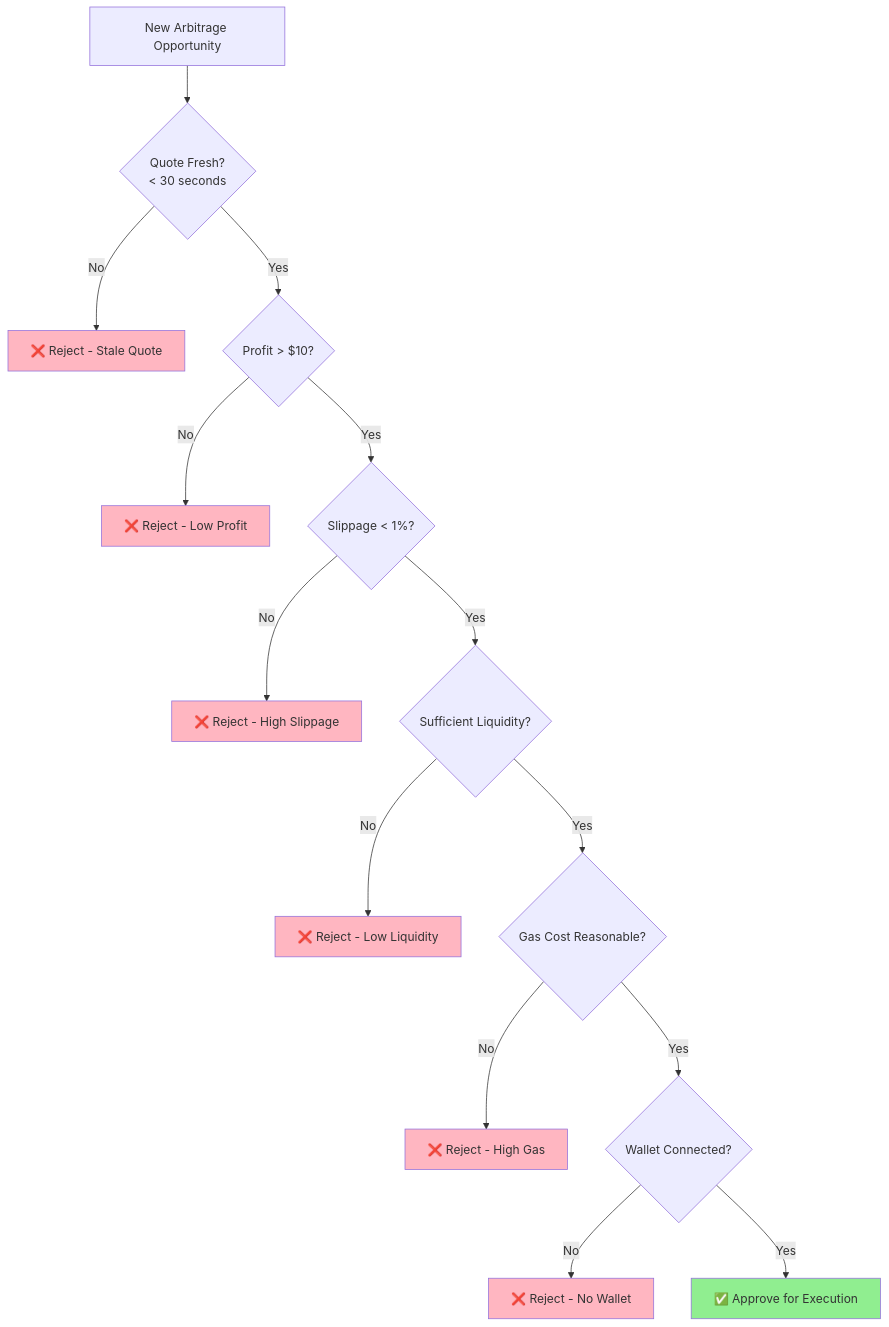
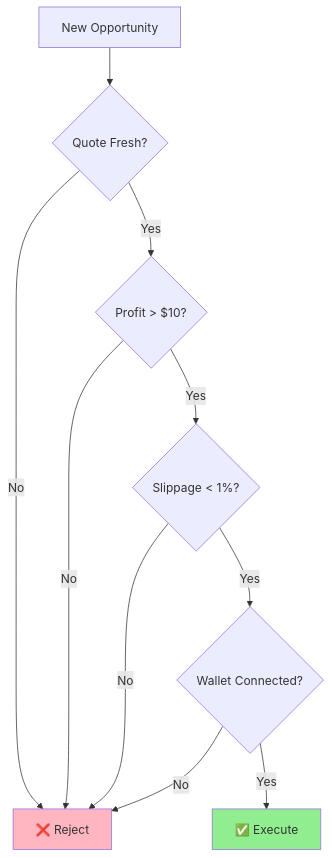
The third of 3 diagrams in FLOW-DIAGRAM.md (DHB94/ArbiZirQ), drawn with Mermaid before and after one commit. The commit also changed other lines of this file, not shown here.

Commit message:
refactor: Revise flow documentation

````diff
--- a/FLOW-DIAGRAM.md
+++ b/FLOW-DIAGRAM.md
@@ -231,24 +190,15 @@
 ```mermaid
 flowchart TD
-    START[New Arbitrage Opportunity] --> FRESH{Quote Fresh?<br/>< 30 seconds}
-    FRESH -->|No| REJECT[❌ Reject - Stale Quote]
+    START[New Opportunity] --> FRESH{Quote Fresh?}
+    FRESH -->|No| REJECT[❌ Reject]
     FRESH -->|Yes| PROFIT{Profit > $10?}
-    PROFIT -->|No| REJECT2[❌ Reject - Low Profit]
+    PROFIT -->|No| REJECT
     PROFIT -->|Yes| SLIP{Slippage < 1%?}
-    SLIP -->|No| REJECT3[❌ Reject - High Slippage]
-    SLIP -->|Yes| LIQ{Sufficient Liquidity?}
-    LIQ -->|No| REJECT4[❌ Reject - Low Liquidity]
-    LIQ -->|Yes| GAS{Gas Cost Reasonable?}
-    GAS -->|No| REJECT5[❌ Reject - High Gas]
-    GAS -->|Yes| WALLET{Wallet Connected?}
-    WALLET -->|No| REJECT6[❌ Reject - No Wallet]
-    WALLET -->|Yes| APPROVE[✅ Approve for Execution]
+    SLIP -->|No| REJECT
+    SLIP -->|Yes| WALLET{Wallet Connected?}
+    WALLET -->|No| REJECT
+    WALLET -->|Yes| APPROVE[✅ Execute]
     
     style APPROVE fill:#90EE90
     style REJECT fill:#FFB6C1
-    style REJECT2 fill:#FFB6C1
-    style REJECT3 fill:#FFB6C1
-    style REJECT4 fill:#FFB6C1
-    style REJECT5 fill:#FFB6C1
-    style REJECT6 fill:#FFB6C1
 ```
````
